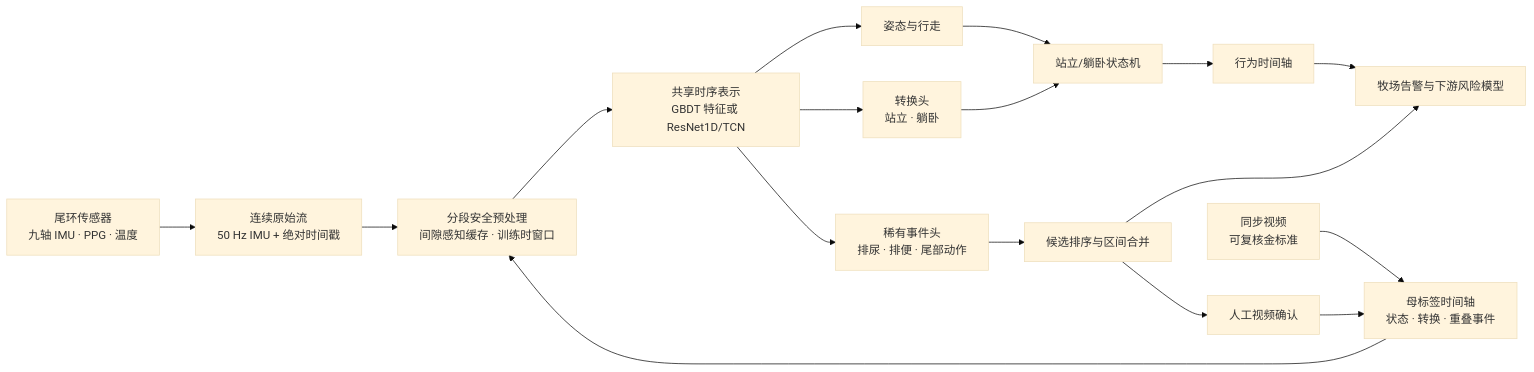
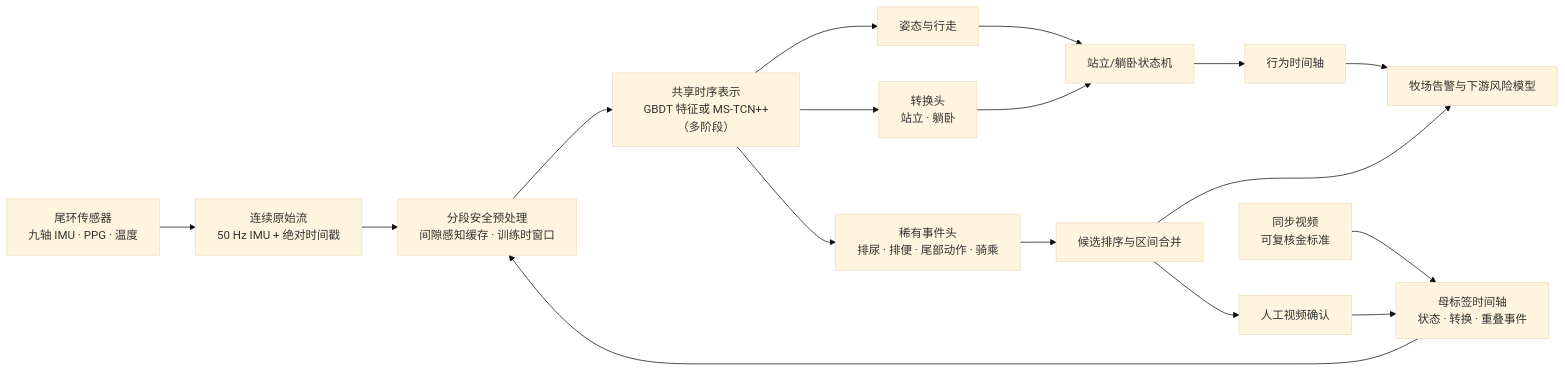
Before and after one commit to zxq309/cowmata-tailring: the diagram in README.zh-CN.md, drawn with Mermaid (base theme). The commit also changed other lines of this file and 85 other files, not shown here.

First line of the commit message:
Release 0.3.0: MS-TCN++ baseline, schema-2 cache, dataset links

````diff
--- a/README.zh-CN.md
+++ b/README.zh-CN.md
@@ -146,19 +180,19 @@
 ```mermaid
 flowchart LR
     A["尾环传感器<br/>九轴 IMU · PPG · 温度"] --> B["连续原始流<br/>50 Hz IMU + 绝对时间戳"]
     V["同步视频<br/>可复核金标准"] --> C["母标签时间轴<br/>状态 · 转换 · 重叠事件"]
     B --> D["分段安全预处理<br/>间隙感知缓存 · 训练时窗口"]
     C --> D
-    D --> E["共享时序表示<br/>GBDT 特征或 ResNet1D/TCN"]
+    D --> E["共享时序表示<br/>GBDT 特征或 MS-TCN++（多阶段）"]
     E --> F1["姿态与行走"]
     E --> F2["转换头<br/>站立 · 躺卧"]
-    E --> F3["稀有事件头<br/>排尿 · 排便 · 尾部动作"]
+    E --> F3["稀有事件头<br/>排尿 · 排便 · 尾部动作 · 骑乘"]
     F1 --> G["站立/躺卧状态机"]
     F2 --> G
     F3 --> H["候选排序与区间合并"]
     G --> I["行为时间轴"]
     H --> J["人工视频确认"]
     J --> C
     I --> K["牧场告警与下游风险模型"]
     H --> K
 ```
````
